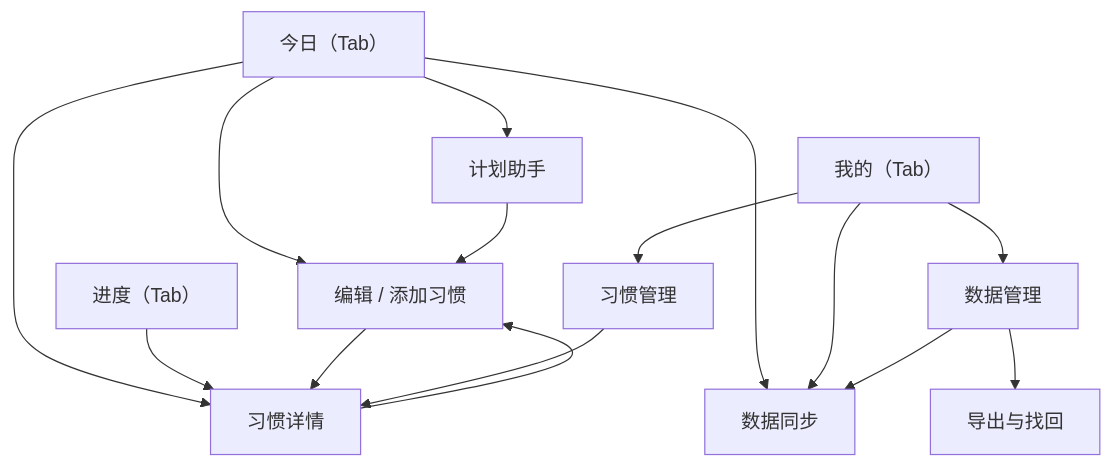
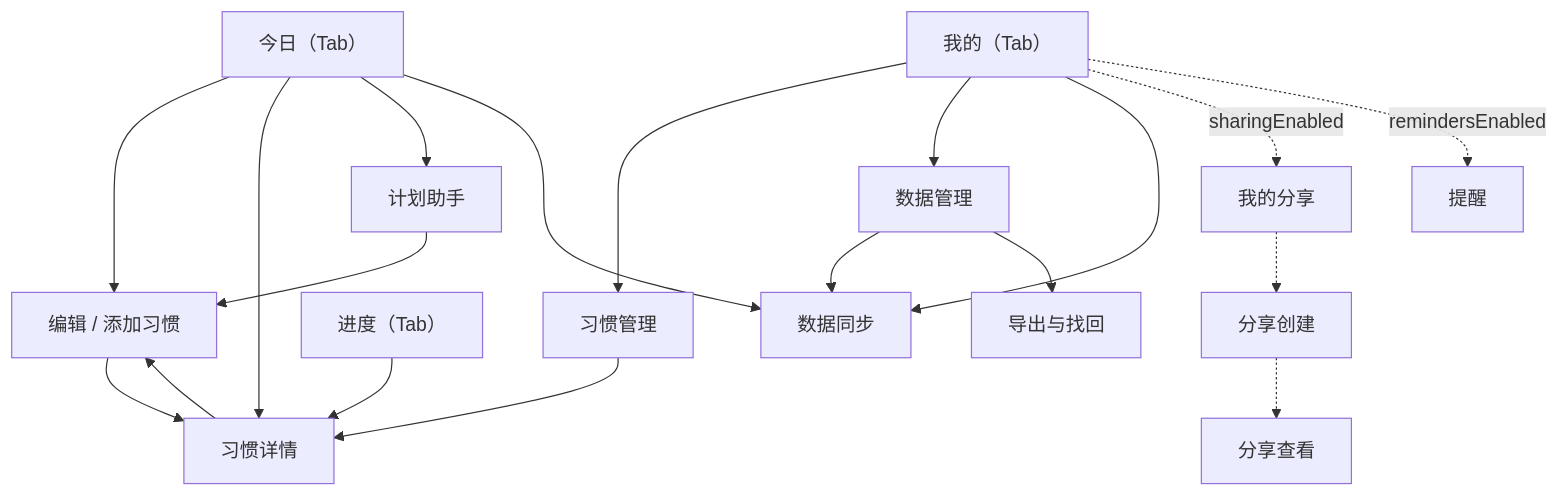
Before and after one commit to dcd654321/jiancheng: the diagram in docs/DESIGN-PROTOTYPE.md, drawn with Mermaid. The commit also changed other lines of this file and 28 other files, not shown here.

````diff
--- a/docs/DESIGN-PROTOTYPE.md
+++ b/docs/DESIGN-PROTOTYPE.md
@@ -24,17 +26,21 @@
 ```mermaid
 flowchart TD
     TODAY["今日（Tab）"] --> EDIT["编辑 / 添加习惯"]
     TODAY --> DETAIL["习惯详情"]
     TODAY --> ASSISTANT["计划助手"]
     TODAY --> SYNC["数据同步"]
     PROGRESS["进度（Tab）"] --> DETAIL
     MINE["我的（Tab）"] --> MANAGE["习惯管理"]
     MINE --> DATA["数据管理"]
     MINE --> SYNC
+    MINE -.->|sharingEnabled| SLIST["我的分享"]
+    MINE -.->|remindersEnabled| REMIND["提醒"]
+    SLIST -.-> SCREATE["分享创建"]
+    SCREATE -.-> SVIEW["分享查看"]
     DATA --> SYNC
     DATA --> RESTORE["导出与找回"]
     ASSISTANT --> EDIT
     EDIT --> DETAIL
     MANAGE --> DETAIL
     DETAIL --> EDIT
 ```
````
